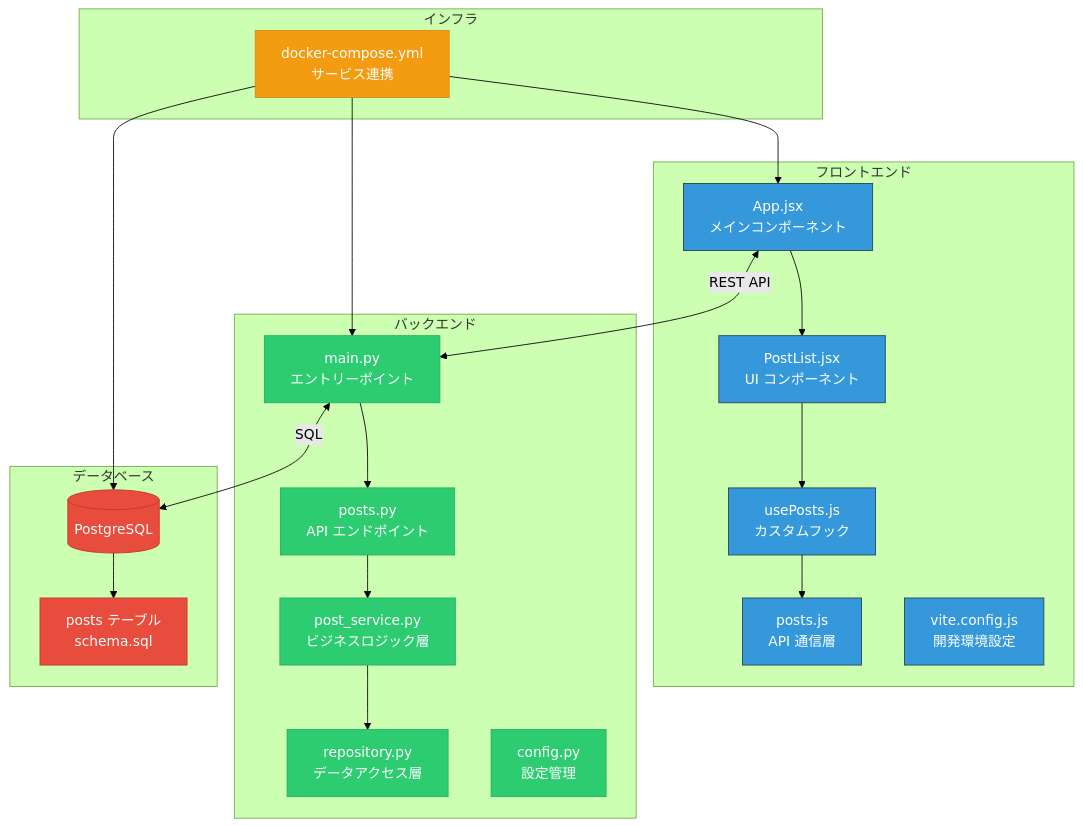
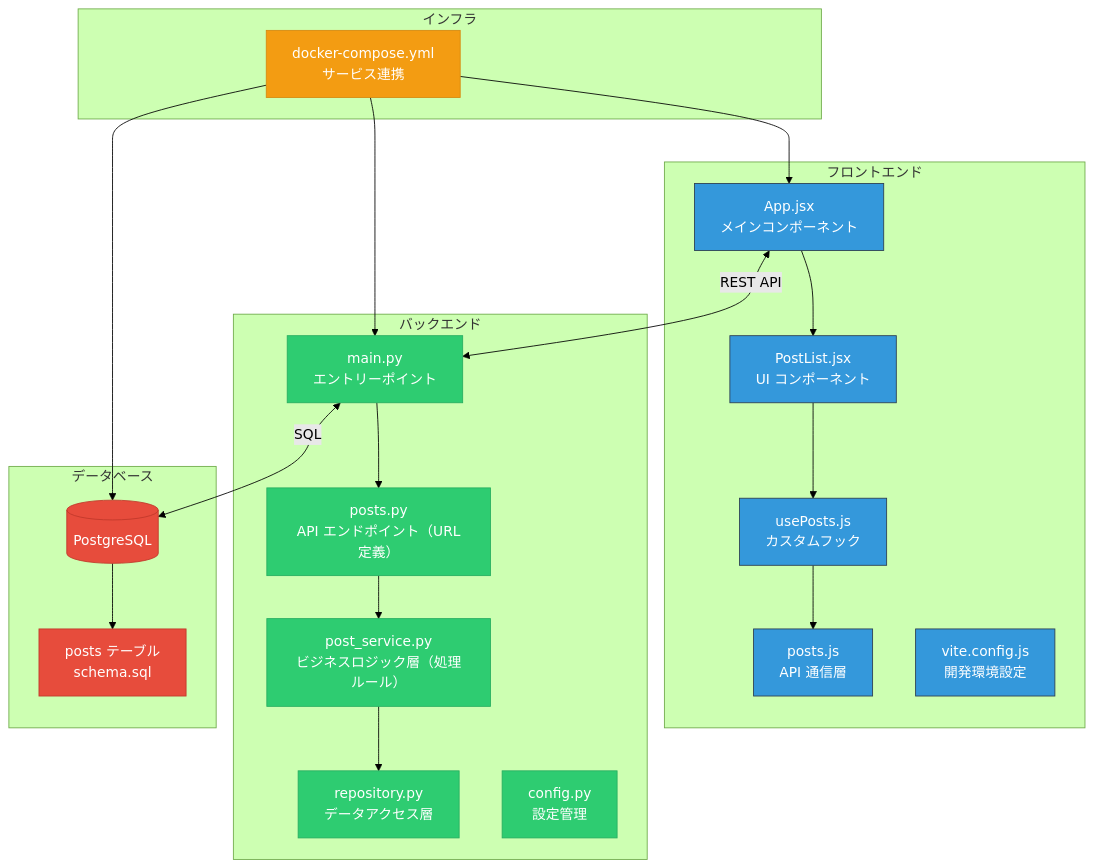
Before and after one commit to KITA-DS12/web-app-mvp: the fifth of 7 diagrams in lecture-materials.md, drawn with Mermaid (forest theme). The commit also changed other lines of this file, not shown here.

````diff
--- a/lecture-materials.md
+++ b/lecture-materials.md
@@ -725,50 +731,50 @@
 ```mermaid
 graph TB
     subgraph "フロントエンド"
         A[App.jsx<br/>メインコンポーネント]
         A1[PostList.jsx<br/>UI コンポーネント]
         A2[usePosts.js<br/>カスタムフック]
         A3[posts.js<br/>API 通信層]
         A4[vite.config.js<br/>開発環境設定]
     end
     
     subgraph "バックエンド"
         B[main.py<br/>エントリーポイント]
-        B1[posts.py<br/>API エンドポイント]
-        B2[post_service.py<br/>ビジネスロジック層]
+        B1[posts.py<br/>API エンドポイント（URL定義）]
+        B2[post_service.py<br/>ビジネスロジック層（処理ルール）]
         B3[repository.py<br/>データアクセス層]
         B4[config.py<br/>設定管理]
     end
     
     subgraph "データベース"
         C[(PostgreSQL)]
         C1[posts テーブル<br/>schema.sql]
     end
     
     subgraph "インフラ"
         D[docker-compose.yml<br/>サービス連携]
     end
     
     A <-->|REST API| B
     B <-->|SQL| C
     A --> A1
     A1 --> A2
     A2 --> A3
     B --> B1
     B1 --> B2
     B2 --> B3
     C --> C1
     D --> A
     D --> B
     D --> C
     
     classDef frontend fill:#3498db,stroke:#2c3e50,color:#fff
     classDef backend fill:#2ecc71,stroke:#27ae60,color:#fff
     classDef database fill:#e74c3c,stroke:#c0392b,color:#fff
     classDef infra fill:#f39c12,stroke:#d68910,color:#fff
     
     class A,A1,A2,A3,A4 frontend
     class B,B1,B2,B3,B4 backend
     class C,C1 database
     class D infra
 ```
````
